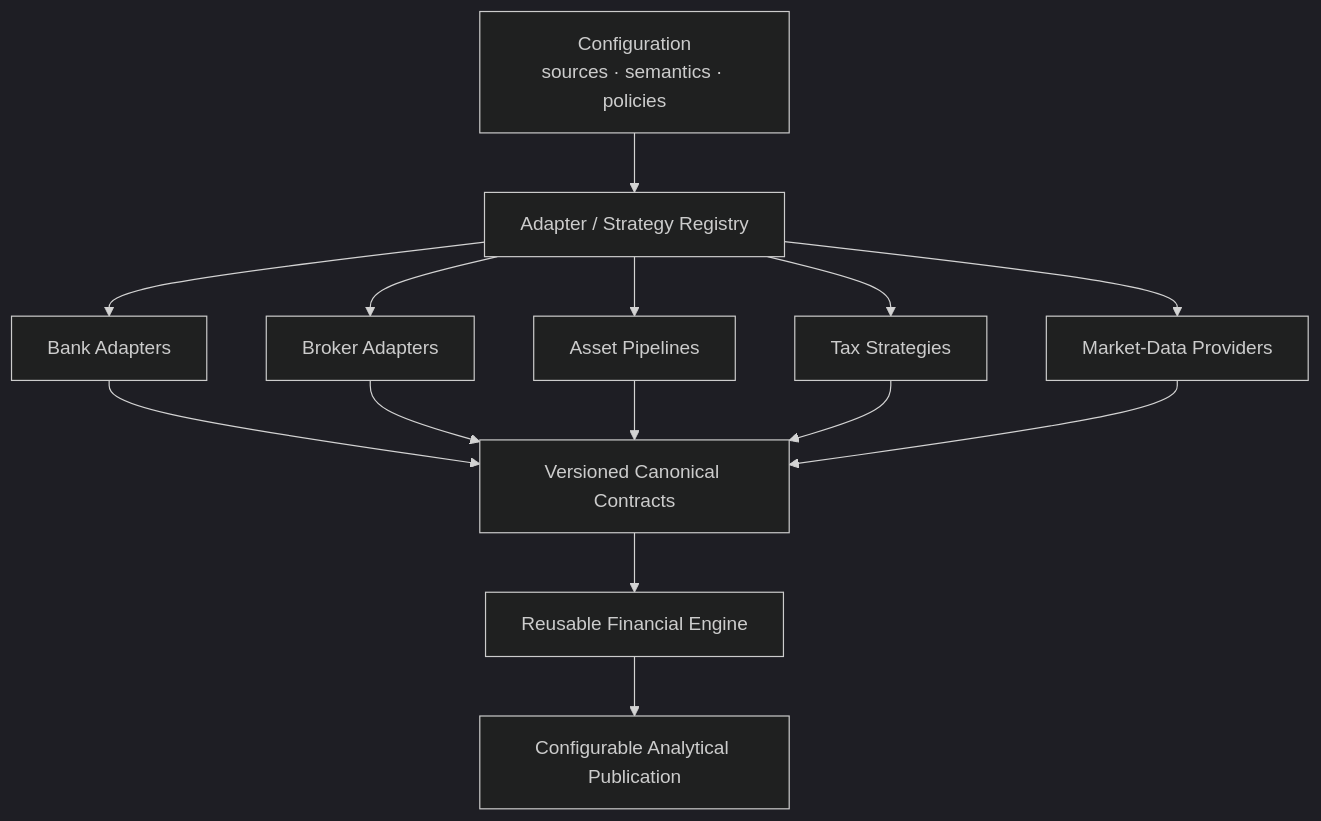
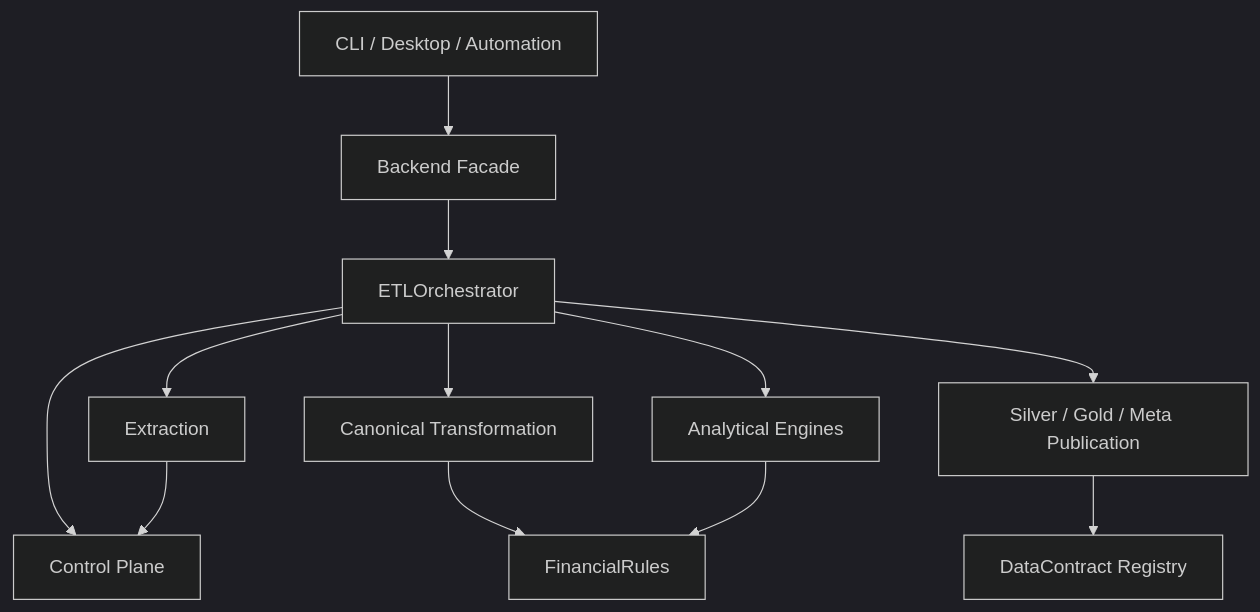
The fifth of 5 diagrams in docs/architecture/system-architecture.md (tks18/personal-finance-etl), drawn with Mermaid (dark theme) before and after one commit. The commit also changed other lines of this file and 5 other files, not shown here.

Commit message:
docs: refactor architecture docs to reflect recent changes

````diff
--- a/docs/architecture/system-architecture.md
+++ b/docs/architecture/system-architecture.md
@@ -1104,19 +702,15 @@
 ```mermaid
 flowchart TB
-    CFG["Configuration<br/>sources · semantics · policies"] --> REG["Adapter / Strategy Registry"]
+    FRONT["CLI / Desktop / Automation"] --> API["Backend Facade"]
+    API --> ORCH["ETLOrchestrator"]
+    ORCH --> CP["Control Plane"]
+    ORCH --> EXT["Extraction"]
+    ORCH --> DAG["Canonical Transformation"]
+    ORCH --> ENG["Analytical Engines"]
+    ORCH --> LOAD["Silver / Gold / Meta Publication"]
 
-    REG --> BANK["Bank Adapters"]
-    REG --> BROKER["Broker Adapters"]
-    REG --> ASSET["Asset Pipelines"]
-    REG --> TAX["Tax Strategies"]
-    REG --> MD["Market-Data Providers"]
-
-    BANK --> CONTRACT["Versioned Canonical Contracts"]
-    BROKER --> CONTRACT
-    ASSET --> CONTRACT
-    TAX --> CONTRACT
-    MD --> CONTRACT
-
-    CONTRACT --> ENGINE["Reusable Financial Engine"]
-    ENGINE --> MARTS["Configurable Analytical Publication"]
+    EXT --> CP
+    DAG --> RULES["FinancialRules"]
+    ENG --> RULES
+    LOAD --> CONTRACT["DataContract Registry"]
 ```
````
